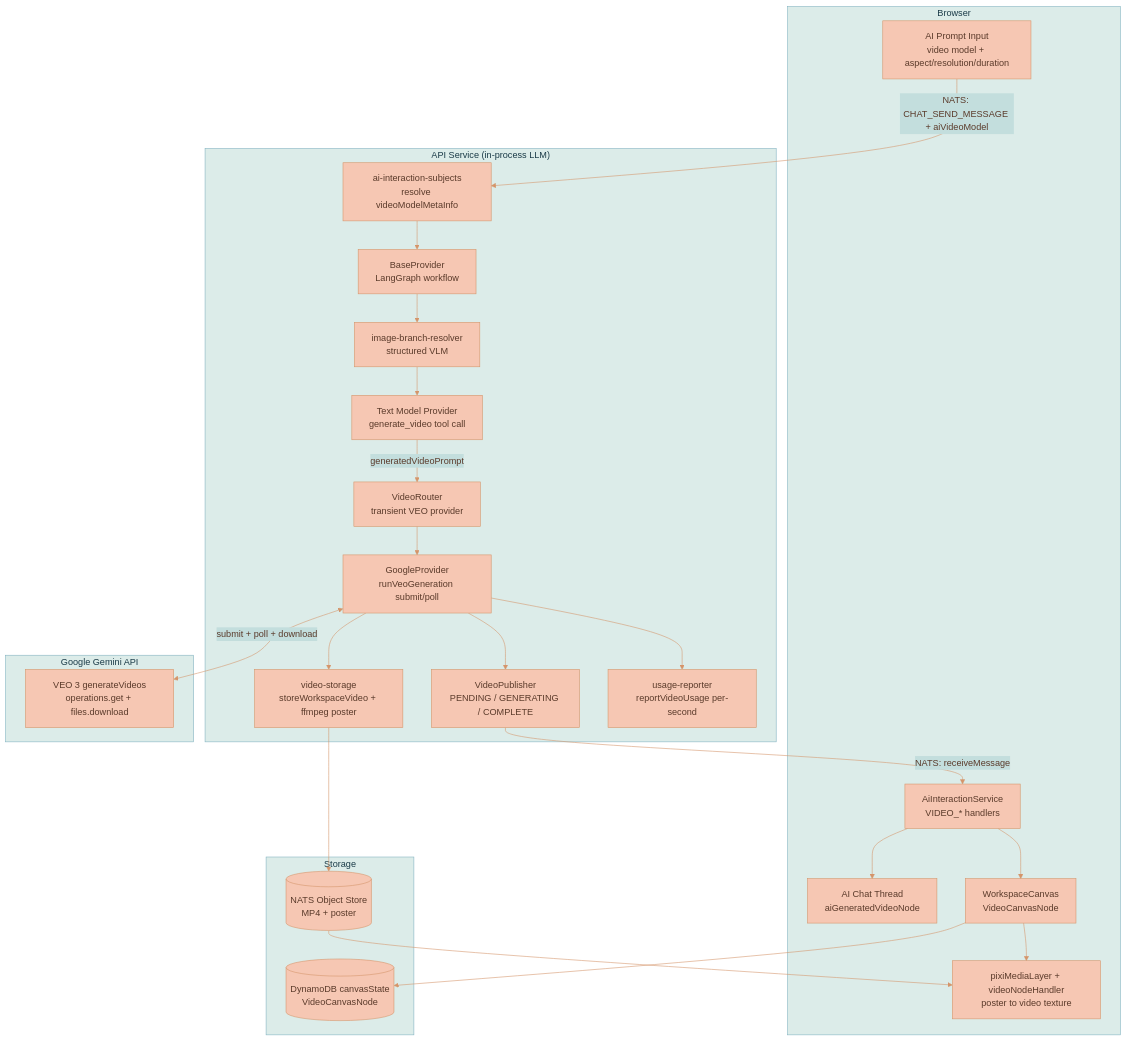
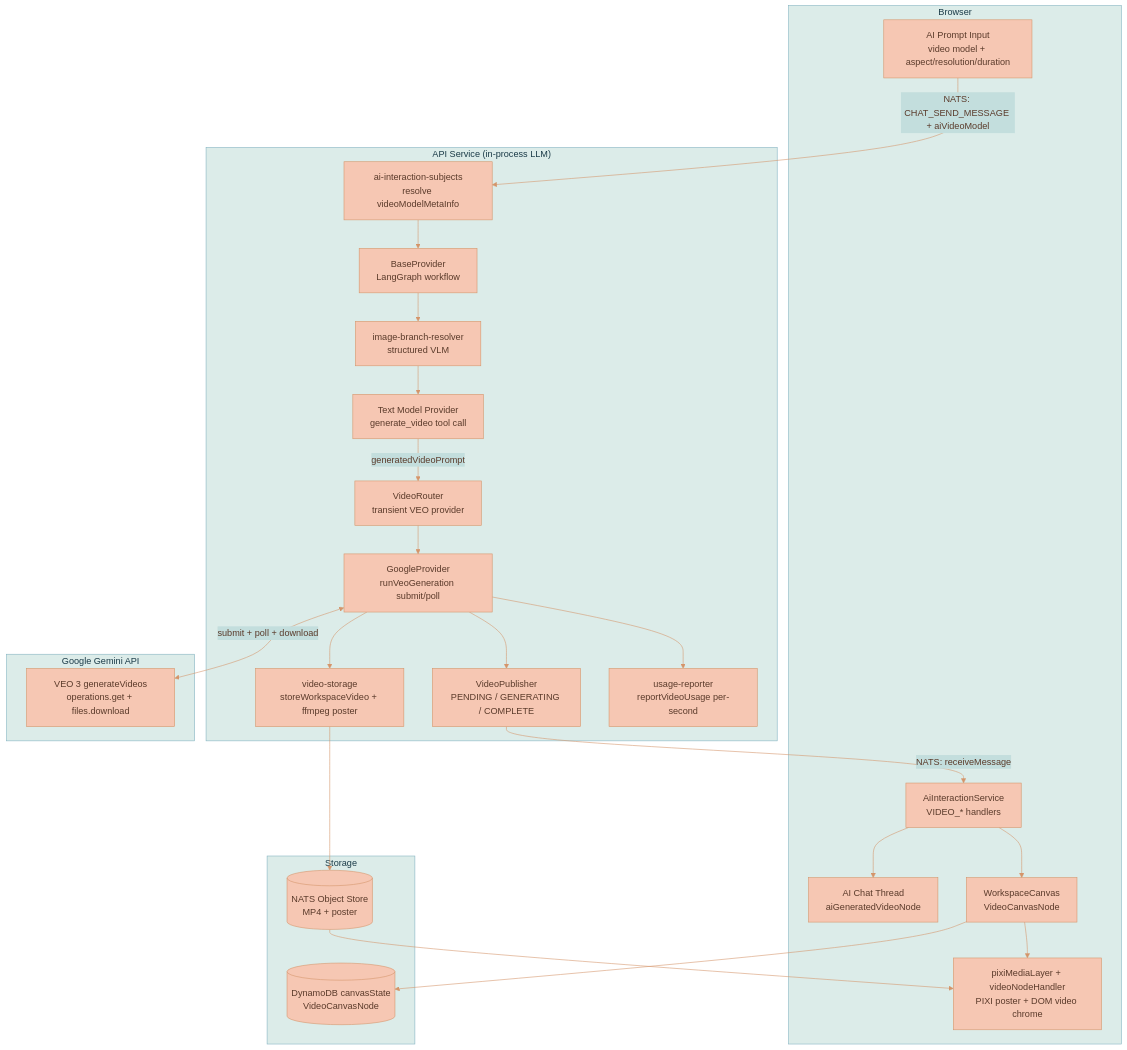
Before and after one commit to Lixpi/lixpi: the first of 3 diagrams in documentation/features/VIDEO-GENERATION.md, drawn with Mermaid. The commit also changed other lines of this file and 13 other files, not shown here.

````diff
--- a/documentation/features/VIDEO-GENERATION.md
+++ b/documentation/features/VIDEO-GENERATION.md
@@ -23,50 +23,50 @@
 ```mermaid
 %%{init: {'theme': 'base', 'themeVariables': { 'primaryColor': '#F6C7B3', 'primaryTextColor': '#5a3a2a', 'primaryBorderColor': '#d4956a', 'secondaryColor': '#C3DEDD', 'secondaryTextColor': '#1a3a47', 'secondaryBorderColor': '#4a8a9d', 'tertiaryColor': '#DCECE9', 'tertiaryTextColor': '#1a3a47', 'tertiaryBorderColor': '#82B2C0', 'lineColor': '#d4956a', 'textColor': '#5a3a2a'}}}%%
 flowchart TB
     subgraph Frontend["Browser"]
         Input[AI Prompt Input<br/>video model + aspect/resolution/duration]
         AIS[AiInteractionService<br/>VIDEO_* handlers]
         Editor[AI Chat Thread<br/>aiGeneratedVideoNode]
         Canvas[WorkspaceCanvas<br/>VideoCanvasNode]
-        Pixi[pixiMediaLayer + videoNodeHandler<br/>poster to video texture]
+        VideoChrome[pixiMediaLayer + videoNodeHandler<br/>PIXI poster + DOM video chrome]
     end
 
     subgraph Backend["API Service (in-process LLM)"]
         Gateway[ai-interaction-subjects<br/>resolve videoModelMetaInfo]
         Graph[BaseProvider<br/>LangGraph workflow]
         Resolver[image-branch-resolver<br/>structured VLM]
         TextModel[Text Model Provider<br/>generate_video tool call]
         VRouter[VideoRouter<br/>transient VEO provider]
         VEO[GoogleProvider<br/>runVeoGeneration submit/poll]
         Storage[video-storage<br/>storeWorkspaceVideo + ffmpeg poster]
         VPub[VideoPublisher<br/>PENDING / GENERATING / COMPLETE]
         Usage[usage-reporter<br/>reportVideoUsage per-second]
     end
 
     subgraph Google["Google Gemini API"]
         VeoApi[VEO 3 generateVideos<br/>operations.get + files.download]
     end
 
     subgraph Store["Storage"]
         Obj[(NATS Object Store<br/>MP4 + poster)]
         DDB[(DynamoDB canvasState<br/>VideoCanvasNode)]
     end
 
     Input -->|NATS: CHAT_SEND_MESSAGE + aiVideoModel| Gateway
     Gateway --> Graph
     Graph --> Resolver
     Resolver --> TextModel
     TextModel -->|generatedVideoPrompt| VRouter
     VRouter --> VEO
     VEO <-->|submit + poll + download| VeoApi
     VEO --> Storage
     Storage --> Obj
     VEO --> VPub
     VPub -->|NATS: receiveMessage| AIS
     AIS --> Editor
     AIS --> Canvas
-    Canvas --> Pixi
+    Canvas --> VideoChrome
     Canvas --> DDB
-    Obj --> Pixi
+    Obj --> VideoChrome
     VEO --> Usage
 ```
````
